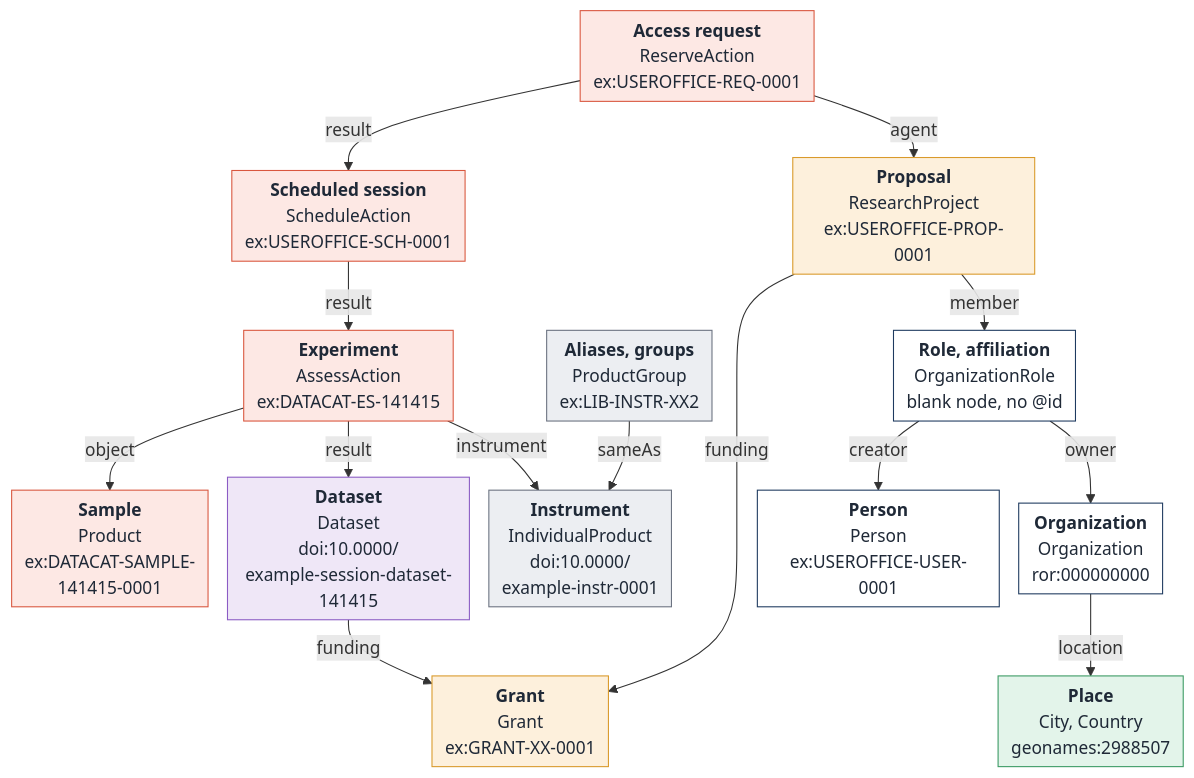
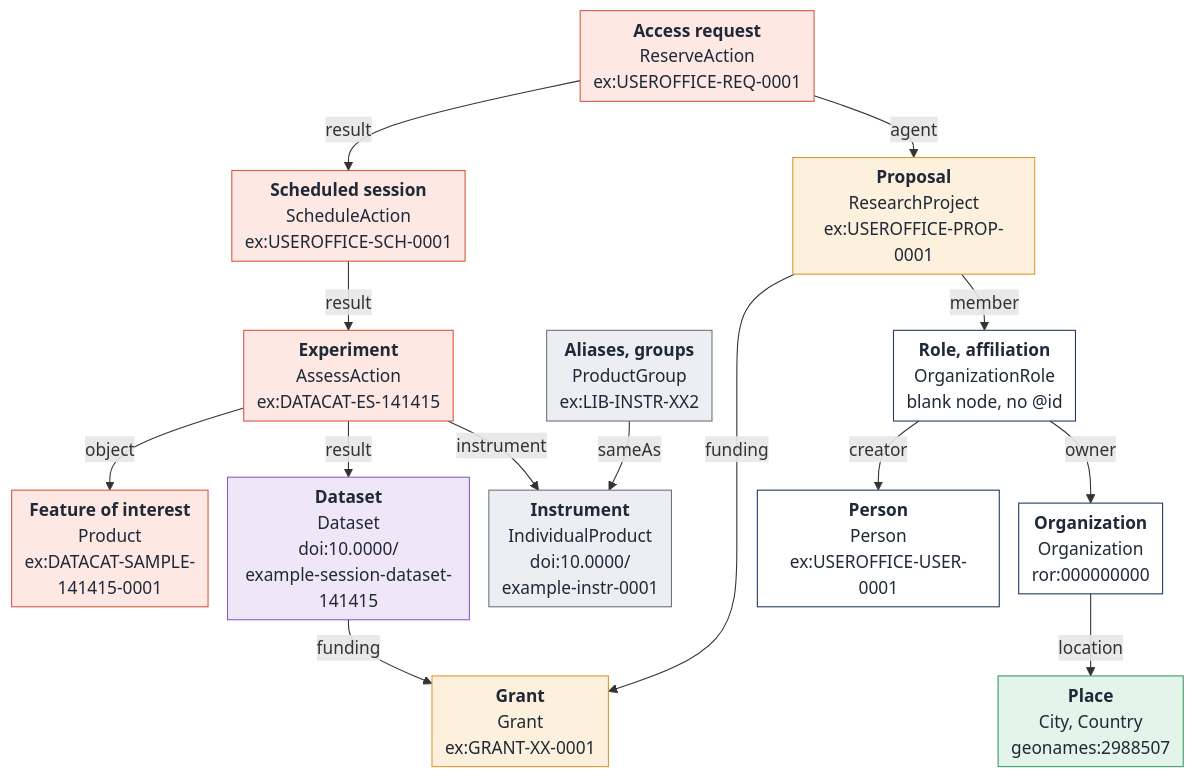
One commit to openfacility/.github changed the first of 2 diagrams in profile/README.md. Above: the diagram before and after it, drawn with Mermaid. The commit also changed other lines of this file, not shown here.

Commit message:
Name the sample node Feature of interest in the facility graph

````diff
--- a/profile/README.md
+++ b/profile/README.md
@@ -29,43 +29,43 @@
 ```mermaid
 %%{init: {"flowchart": {"nodeSpacing": 18, "rankSpacing": 28, "padding": 6}}}%%
 flowchart TB
   req["<b>Access request</b><br/>ReserveAction<br/>ex:USEROFFICE-REQ-0001"]
   ses["<b>Scheduled session</b><br/>ScheduleAction<br/>ex:USEROFFICE-SCH-0001"]
   exp["<b>Experiment</b><br/>AssessAction<br/>ex:DATACAT-ES-141415"]
-  smp["<b>Sample</b><br/>Product<br/>ex:DATACAT-SAMPLE-<br/>141415-0001"]
+  smp["<b>Feature of interest</b><br/>Product<br/>ex:DATACAT-SAMPLE-<br/>141415-0001"]
   prop["<b>Proposal</b><br/>ResearchProject<br/>ex:USEROFFICE-PROP-0001"]
   grant["<b>Grant</b><br/>Grant<br/>ex:GRANT-XX-0001"]
   ins["<b>Instrument</b><br/>IndividualProduct<br/>doi:10.0000/<br/>example-instr-0001"]
   ds["<b>Dataset</b><br/>Dataset<br/>doi:10.0000/<br/>example-session-dataset-141415"]
   ali["<b>Aliases, groups</b><br/>ProductGroup<br/>ex:LIB-INSTR-XX2"]
   role["<b>Role, affiliation</b><br/>OrganizationRole<br/>blank node, no @id"]
   per["<b>Person</b><br/>Person<br/>ex:USEROFFICE-USER-0001"]
   org["<b>Organization</b><br/>Organization<br/>ror:000000000"]
   pla["<b>Place</b><br/>City, Country<br/>geonames:2988507"]
 
   req -- result --> ses -- result --> exp
   exp -- object --> smp
   exp -- result --> ds
   exp -- instrument --> ins
   req -- agent --> prop
   prop -- funding --> grant
   ds -- funding --> grant
   ali -- sameAs --> ins
   prop -- member --> role
   role -- creator --> per
   role -- owner --> org
   org -- location --> pla
 
   classDef session fill:#fde8e4,stroke:#d9573f,color:#1f2937
   classDef project fill:#fdf0dc,stroke:#d99a2b,color:#1f2937
   classDef instrument fill:#eceef2,stroke:#6b7280,color:#1f2937
   classDef dataset fill:#efe7f7,stroke:#8b5cc4,color:#1f2937
   classDef agent fill:#ffffff,stroke:#1e3a5f,color:#1f2937
   classDef place fill:#e3f4ea,stroke:#3a9a63,color:#1f2937
   class req,ses,exp,smp session
   class prop,grant project
   class ins,ali instrument
   class ds dataset
   class role,per,org agent
   class pla place
 ```
````
